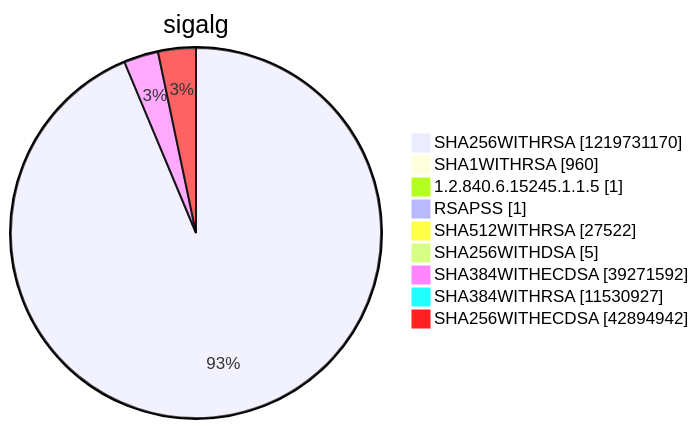
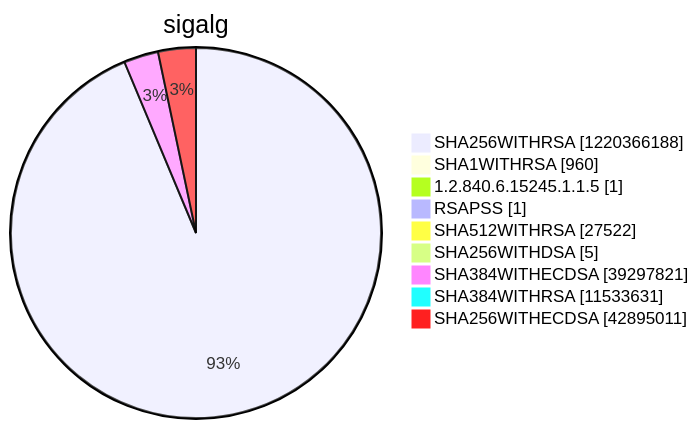
Diagram 15 of 15 in argon2022/README.md (christiankrug/ctmonitor_visualization), drawn with Mermaid before and after one commit. The commit also changed other lines of this file, not shown here.

````diff
--- a/argon2022/README.md
+++ b/argon2022/README.md
@@ -5521,13 +5521,13 @@
 ```mermaid
 pie showData
 title sigalg
-"SHA256WITHRSA" :1219731170
+"SHA256WITHRSA" :1220366188
 "SHA1WITHRSA" :960
 "1.2.840.6.15245.1.1.5" :1
 "RSAPSS" :1
 "SHA512WITHRSA" :27522
 "SHA256WITHDSA" :5
-"SHA384WITHECDSA" :39271592
-"SHA384WITHRSA" :11530927
-"SHA256WITHECDSA" :42894942
+"SHA384WITHECDSA" :39297821
+"SHA384WITHRSA" :11533631
+"SHA256WITHECDSA" :42895011
 ```
````
